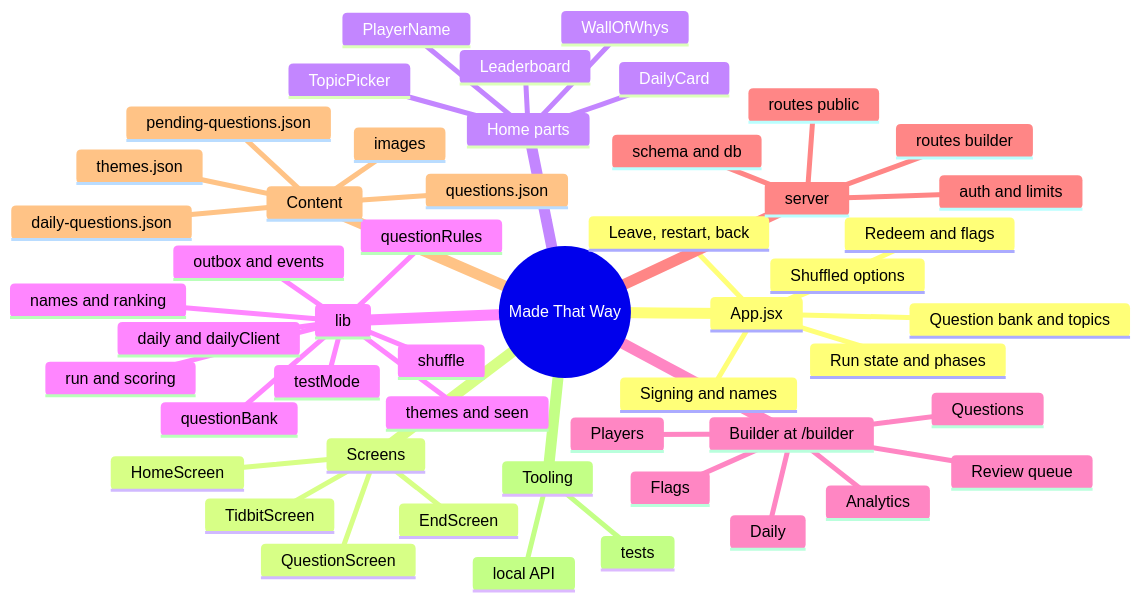
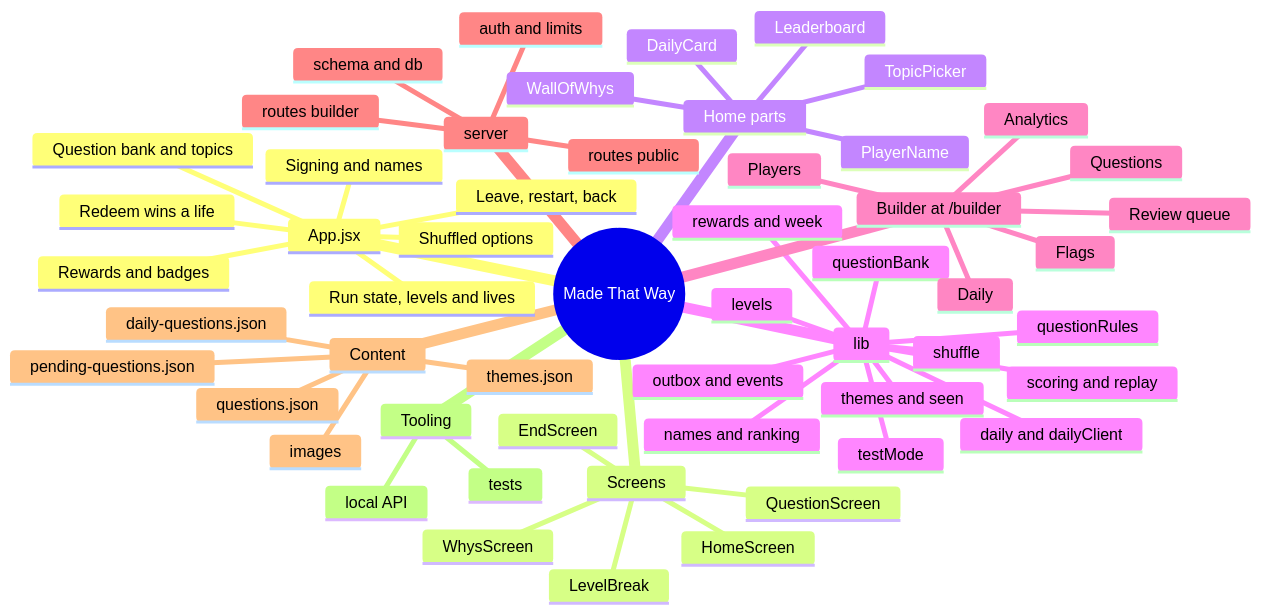
One commit to robinkuriakose/made-that-way changed the diagram in docs/code-map.md. Above: the diagram before and after it, drawn with Mermaid. The commit also changed other lines of this file and 40 other files, not shown here.

````diff
--- a/docs/code-map.md
+++ b/docs/code-map.md
@@ -7,53 +7,57 @@
 ```mermaid
 mindmap
   root((Made That Way))
     App.jsx
-      Run state and phases
+      Run state, levels and lives
       Question bank and topics
       Shuffled options
       Leave, restart, back
-      Redeem and flags
+      Redeem wins a life
+      Rewards and badges
       Signing and names
     Screens
       HomeScreen
       QuestionScreen
-      TidbitScreen
+      LevelBreak
       EndScreen
+      WhysScreen
     Home parts
       DailyCard
       WallOfWhys
       PlayerName
       Leaderboard
       TopicPicker
     lib
-      run and scoring
+      scoring and replay
+      levels
+      rewards and week
       shuffle
       themes and seen
       daily and dailyClient
       names and ranking
       questionBank
       questionRules
       outbox and events
       testMode
     Builder at /builder
       Review queue
       Questions
       Daily
       Flags
       Players
       Analytics
     server
       routes public
       routes builder
       schema and db
       auth and limits
     Content
       questions.json
       pending-questions.json
       daily-questions.json
       themes.json
       images
     Tooling
       local API
       tests
 ```
````
